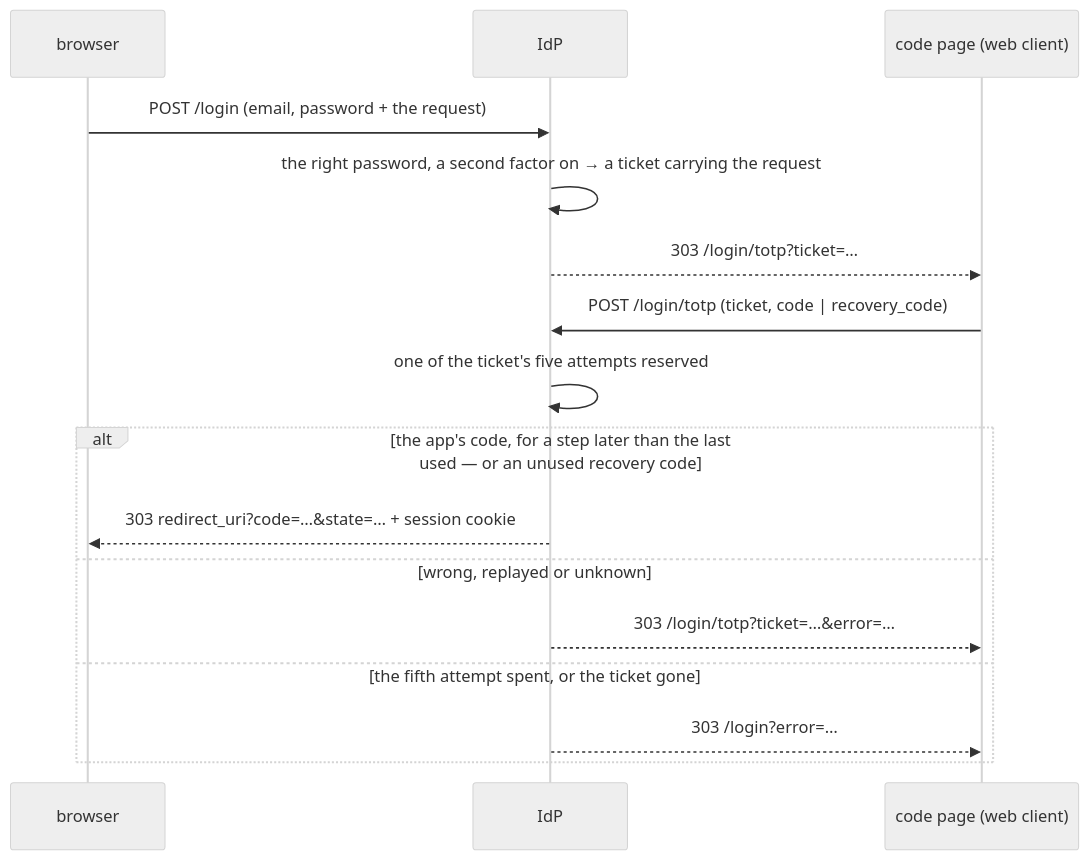
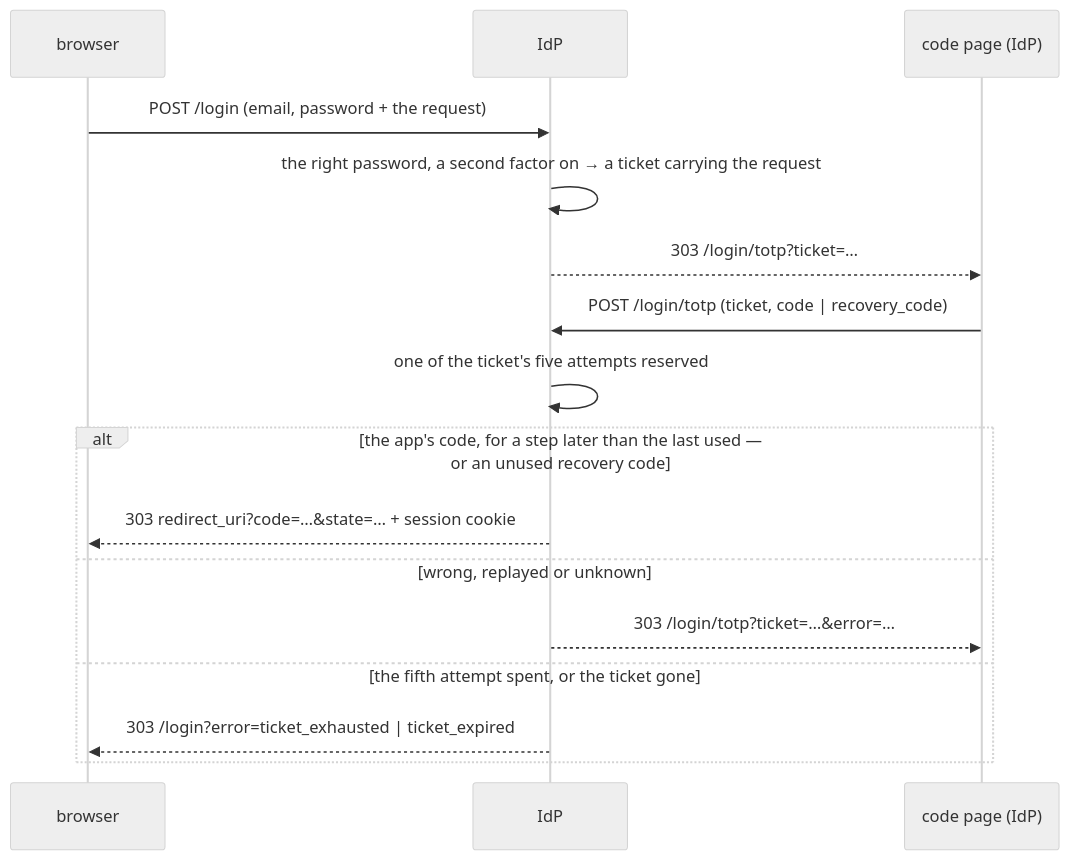
One commit to Pina-i/pinai changed the third of 3 diagrams in identity-provider/specs/auth.md. Above: the diagram before and after it, drawn with Mermaid (neutral theme). The commit also changed other lines of this file and 113 other files, not shown here.

````diff
--- a/identity-provider/specs/auth.md
+++ b/identity-provider/specs/auth.md
@@ -328,19 +509,19 @@
 ```mermaid
 sequenceDiagram
     participant B as browser
     participant I as IdP
-    participant P as code page (web client)
+    participant P as code page (IdP)
 
     B->>I: POST /login (email, password + the request)
     I->>I: the right password, a second factor on → a ticket carrying the request
     I-->>P: 303 /login/totp?ticket=…
     P->>I: POST /login/totp (ticket, code | recovery_code)
     I->>I: one of the ticket's five attempts reserved
     alt the app's code, for a step later than the last used — or an unused recovery code
         I-->>B: 303 redirect_uri?code=…&state=… + session cookie
     else wrong, replayed or unknown
         I-->>P: 303 /login/totp?ticket=…&error=…
     else the fifth attempt spent, or the ticket gone
-        I-->>P: 303 /login?error=…
+        I-->>B: 303 /login?error=ticket_exhausted | ticket_expired
     end
 ```
````
